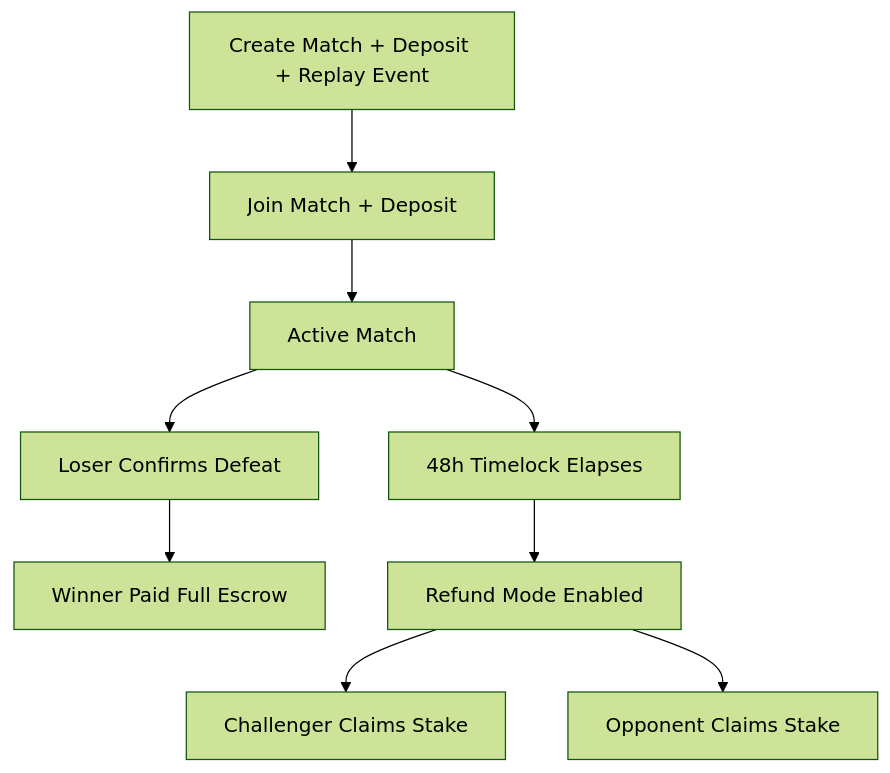
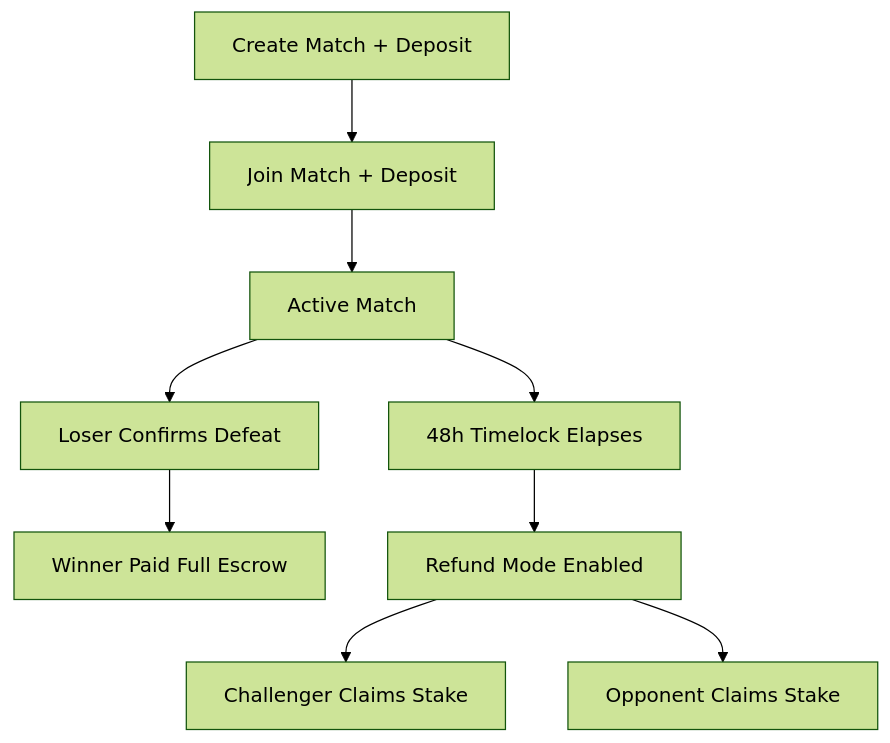
Before and after one commit to pablomartinfranco/defi-money-match: the diagram in README.md, drawn with Mermaid (forest theme). The commit also changed other lines of this file and 3 other files, not shown here.

````diff
--- a/README.md
+++ b/README.md
@@ -27,11 +27,11 @@
 ```mermaid
 flowchart TD
-  A[Create Match + Deposit + Replay Event] --> B[Join Match + Deposit]
+  A[Create Match + Deposit] --> B[Join Match + Deposit]
   B --> C[Active Match]
   C --> D[Loser Confirms Defeat]
   D --> E[Winner Paid Full Escrow]
   C --> F[48h Timelock Elapses]
   F --> G[Refund Mode Enabled]
   G --> H[Challenger Claims Stake]
   G --> I[Opponent Claims Stake]
 ```
````
